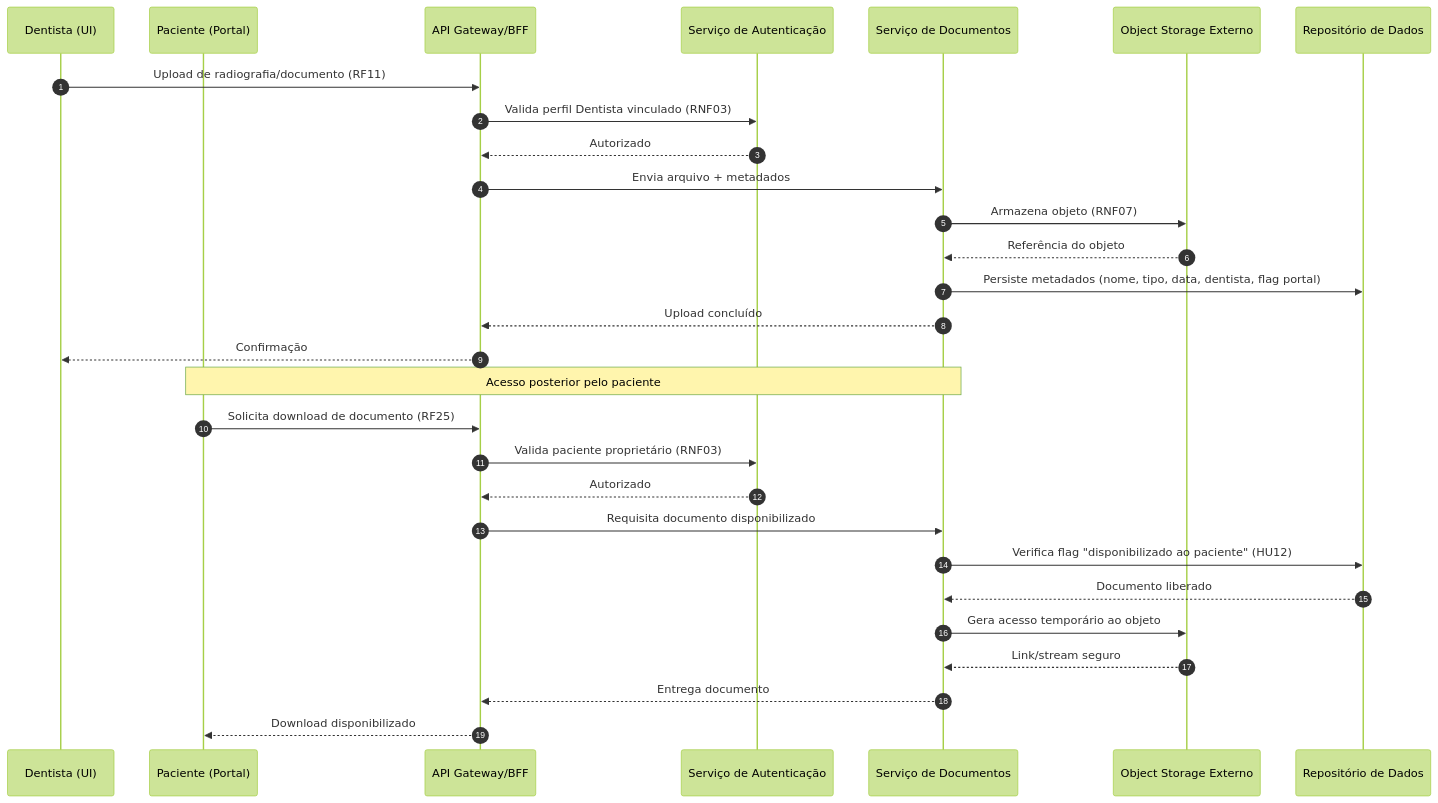
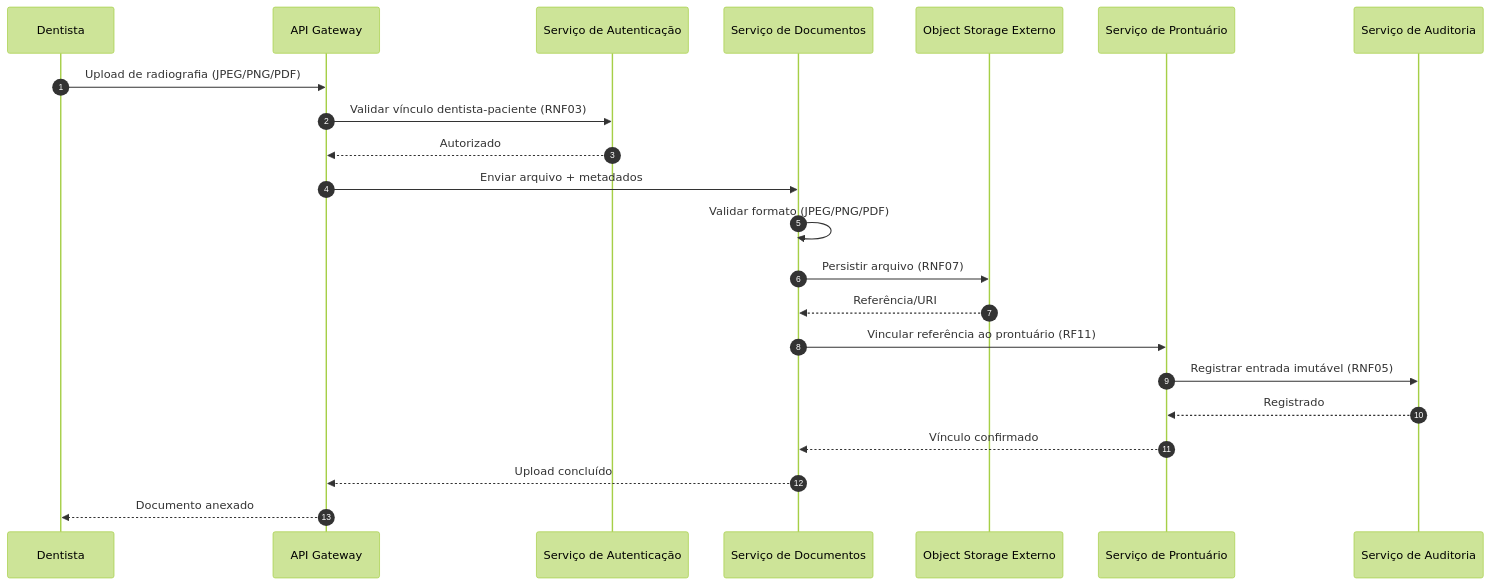
The third of 4 diagrams in docs/Time_2_Design/analise-qualitativa/outputs/relatorio_claude_opus_4_8_M02.md (PDC-ESIA/AI4ES), drawn with Mermaid (forest theme) before and after one commit. The commit also changed other lines of this file and 107 other files, not shown here.

````diff
--- a/docs/Time_2_Design/analise-qualitativa/outputs/relatorio_claude_opus_4_8_M02.md
+++ b/docs/Time_2_Design/analise-qualitativa/outputs/relatorio_claude_opus_4_8_M02.md
@@ -124,33 +122,25 @@
 ```mermaid
 sequenceDiagram
     autonumber
-    participant D as Dentista (UI)
-    participant P as Paciente (Portal)
-    participant GW as API Gateway/BFF
-    participant AU as Serviço de Autenticação
+    participant D as Dentista
+    participant GW as API Gateway
+    participant AUTH as Serviço de Autenticação
     participant DOC as Serviço de Documentos
-    participant OS as Object Storage Externo
-    participant DB as Repositório de Dados
+    participant OBJ as Object Storage Externo
+    participant PRT as Serviço de Prontuário
+    participant LOG as Serviço de Auditoria
 
-    D->>GW: Upload de radiografia/documento (RF11)
-    GW->>AU: Valida perfil Dentista vinculado (RNF03)
-    AU-->>GW: Autorizado
-    GW->>DOC: Envia arquivo + metadados
-    DOC->>OS: Armazena objeto (RNF07)
-    OS-->>DOC: Referência do objeto
-    DOC->>DB: Persiste metadados (nome, tipo, data, dentista, flag portal)
+    D->>GW: Upload de radiografia (JPEG/PNG/PDF)
+    GW->>AUTH: Validar vínculo dentista-paciente (RNF03)
+    AUTH-->>GW: Autorizado
+    GW->>DOC: Enviar arquivo + metadados
+    DOC->>DOC: Validar formato (JPEG/PNG/PDF)
+    DOC->>OBJ: Persistir arquivo (RNF07)
+    OBJ-->>DOC: Referência/URI
+    DOC->>PRT: Vincular referência ao prontuário (RF11)
+    PRT->>LOG: Registrar entrada imutável (RNF05)
+    LOG-->>PRT: Registrado
+    PRT-->>DOC: Vínculo confirmado
     DOC-->>GW: Upload concluído
-    GW-->>D: Confirmação
-
-    Note over P,DOC: Acesso posterior pelo paciente
-    P->>GW: Solicita download de documento (RF25)
-    GW->>AU: Valida paciente proprietário (RNF03)
-    AU-->>GW: Autorizado
-    GW->>DOC: Requisita documento disponibilizado
-    DOC->>DB: Verifica flag "disponibilizado ao paciente" (HU12)
-    DB-->>DOC: Documento liberado
-    DOC->>OS: Gera acesso temporário ao objeto
-    OS-->>DOC: Link/stream seguro
-    DOC-->>GW: Entrega documento
-    GW-->>P: Download disponibilizado
+    GW-->>D: Documento anexado
 ```
````
